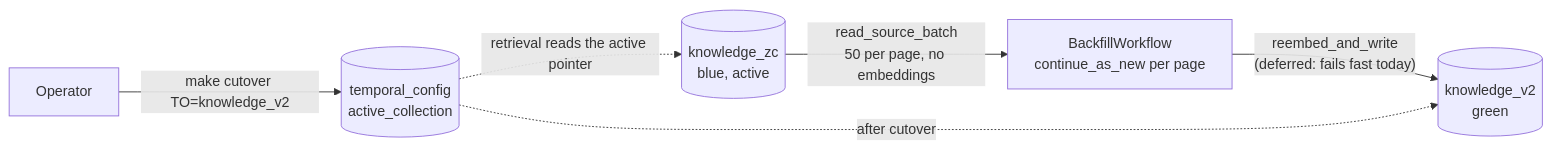
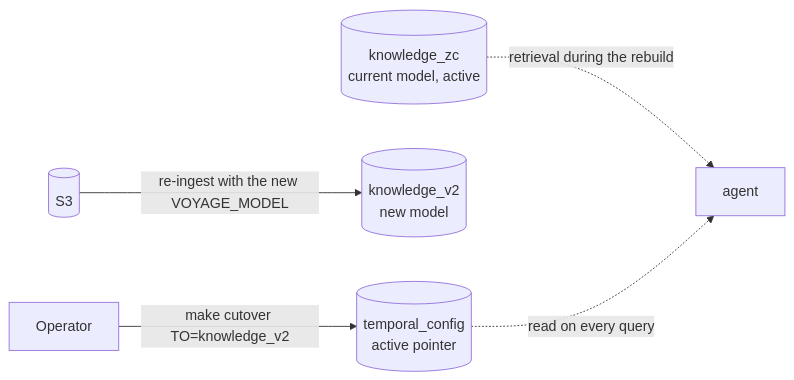
The second of 3 diagrams in docs/LLD.md (mohammaddaoudfarooqi/zero-copy-rag), drawn with Mermaid before and after one commit. The commit also changed other lines of this file and 16 other files, not shown here.

First line of the commit message:
refactor: remove the deferred backfill path

````diff
--- a/docs/LLD.md
+++ b/docs/LLD.md
@@ -315,8 +290,7 @@
 ```mermaid
 flowchart LR
-    BLUE[(knowledge_zc<br/>blue, active)] -->|read_source_batch<br/>50 per page, no embeddings| BF[BackfillWorkflow<br/>continue_as_new per page]
-    BF -->|"reembed_and_write<br/>(deferred: fails fast today)"| GREEN[(knowledge_v2<br/>green)]
-    OP[Operator] -->|make cutover TO=knowledge_v2| CFG[(temporal_config<br/>active_collection)]
-    CFG -.->|retrieval reads the active pointer| BLUE
-    CFG -.->|after cutover| GREEN
+    BLUE[(knowledge_zc<br/>current model, active)] -.->|retrieval during the rebuild| AGENT[agent]
+    S3[(S3)] -->|"re-ingest with the new VOYAGE_MODEL"| GREEN[(knowledge_v2<br/>new model)]
+    OP[Operator] -->|make cutover TO=knowledge_v2| CFG[(temporal_config<br/>active pointer)]
+    CFG -.->|read on every query| AGENT
 ```
````
